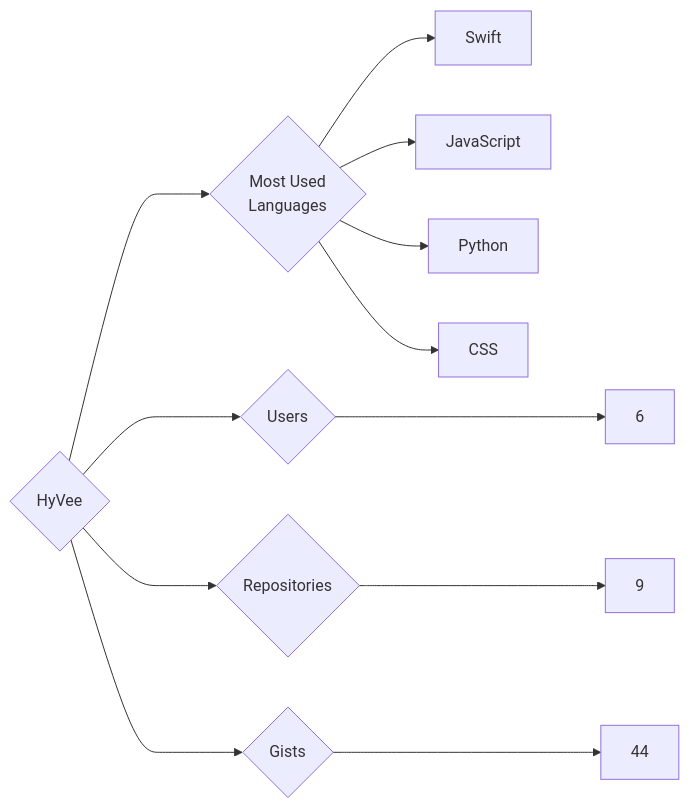
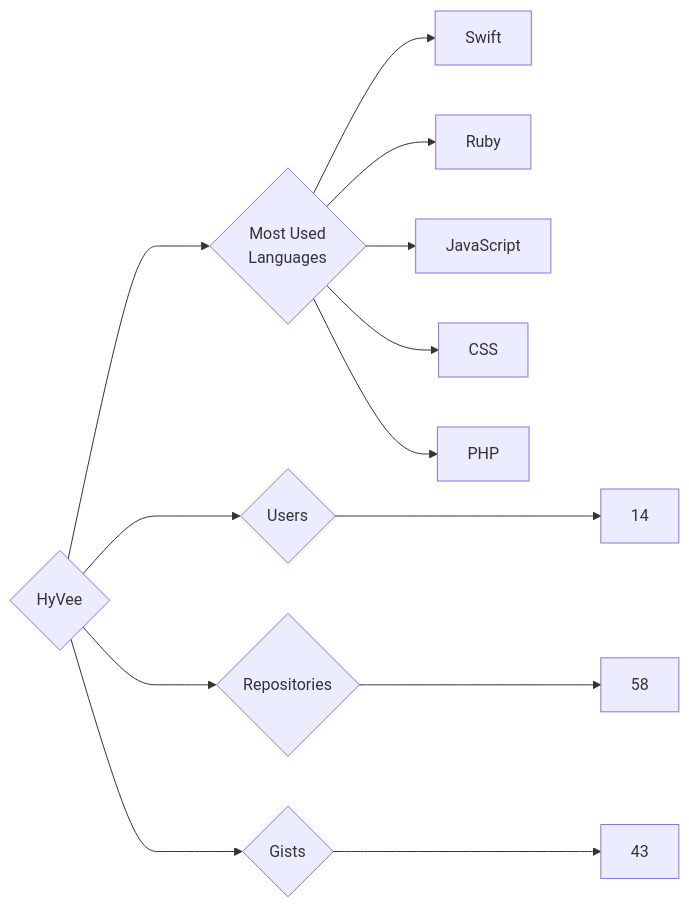
Before and after one commit to trickest/insiders: the diagram in targets/HyVee/README.md, drawn with Mermaid. The commit also changed 718 other files, not shown here.

````diff
--- a/targets/HyVee/README.md
+++ b/targets/HyVee/README.md
@@ -3,12 +3,13 @@
 ```mermaid
 graph LR
 COMPANY_NAME{HyVee}
-COMPANY_NAME ---> U{Users} ---> UN[6]
-COMPANY_NAME ---> R{Repositories} ---> RN[9]
-COMPANY_NAME ---> G{Gists} ---> GN[44]
+COMPANY_NAME ---> U{Users} ---> UN[14]
+COMPANY_NAME ---> R{Repositories} ---> RN[58]
+COMPANY_NAME ---> G{Gists} ---> GN[43]
 COMPANY_NAME ---> ML{Most Used<br>Languages}
 ML --> Swift[Swift]
+ML --> Ruby[Ruby]
 ML --> JavaScript[JavaScript]
-ML --> Python[Python]
 ML --> CSS[CSS]
+ML --> PHP[PHP]
 ```
````
